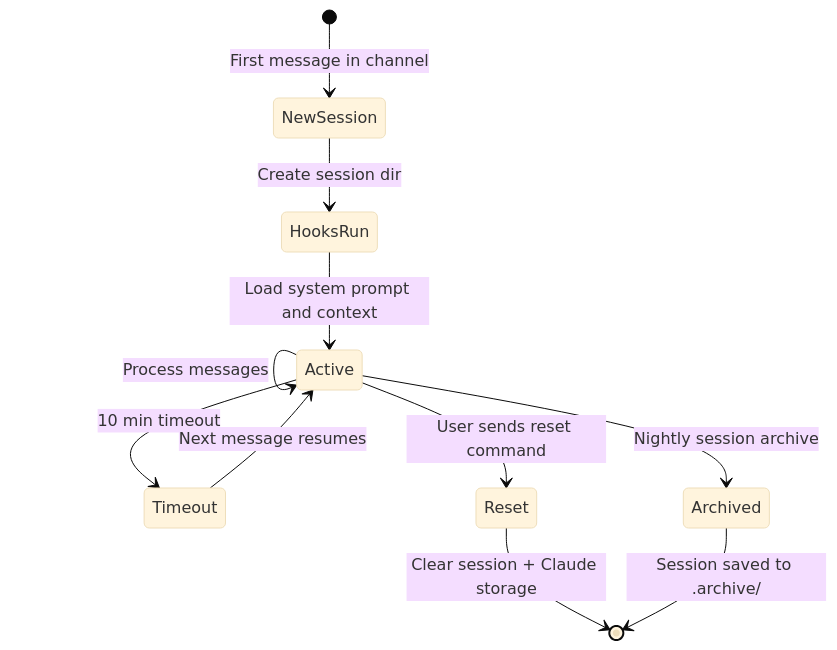
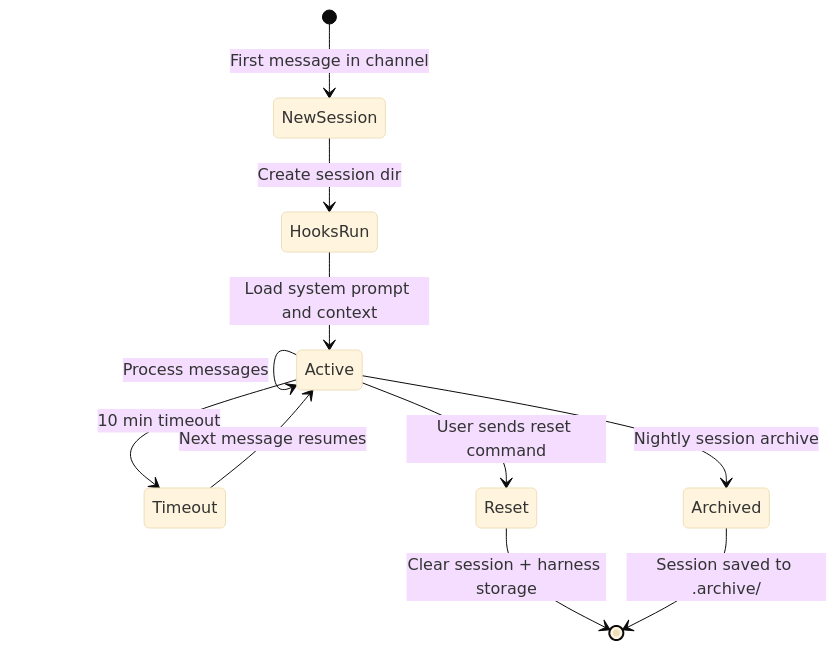
Before and after one commit to jamesmoon2/ATLAS-bot: the third of 5 diagrams in README.md, drawn with Mermaid (base theme). The commit also changed other lines of this file and 3 other files, not shown here.

````diff
--- a/README.md
+++ b/README.md
@@ -97,16 +97,16 @@
 ```mermaid
 stateDiagram-v2
     [*] --> NewSession: First message in channel
 
     NewSession --> HooksRun: Create session dir
     HooksRun --> Active: Load system prompt and context
 
     Active --> Active: Process messages
     Active --> Reset: User sends reset command
     Active --> Timeout: 10 min timeout
     Active --> Archived: Nightly session archive
 
-    Reset --> [*]: Clear session + Claude storage
+    Reset --> [*]: Clear session + harness storage
     Timeout --> Active: Next message resumes
     Archived --> [*]: Session saved to .archive/
 ```
````
